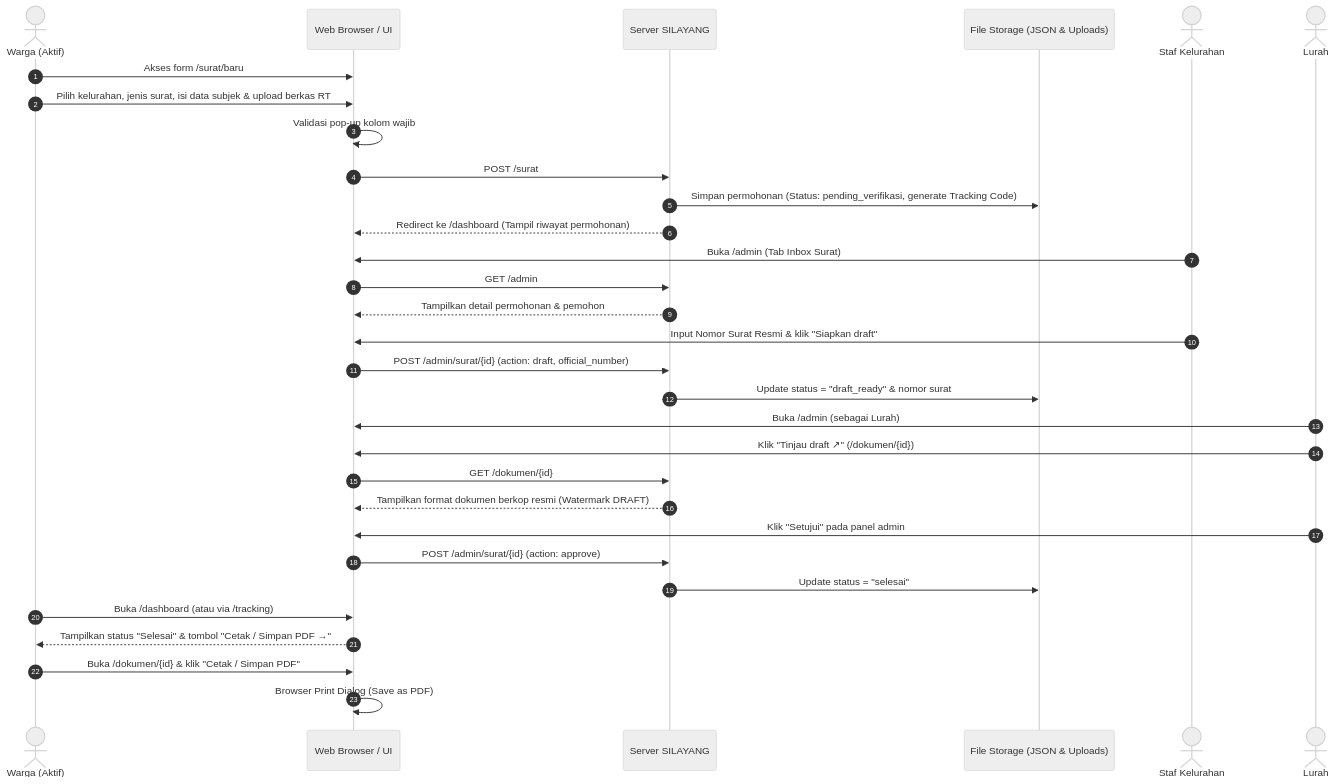
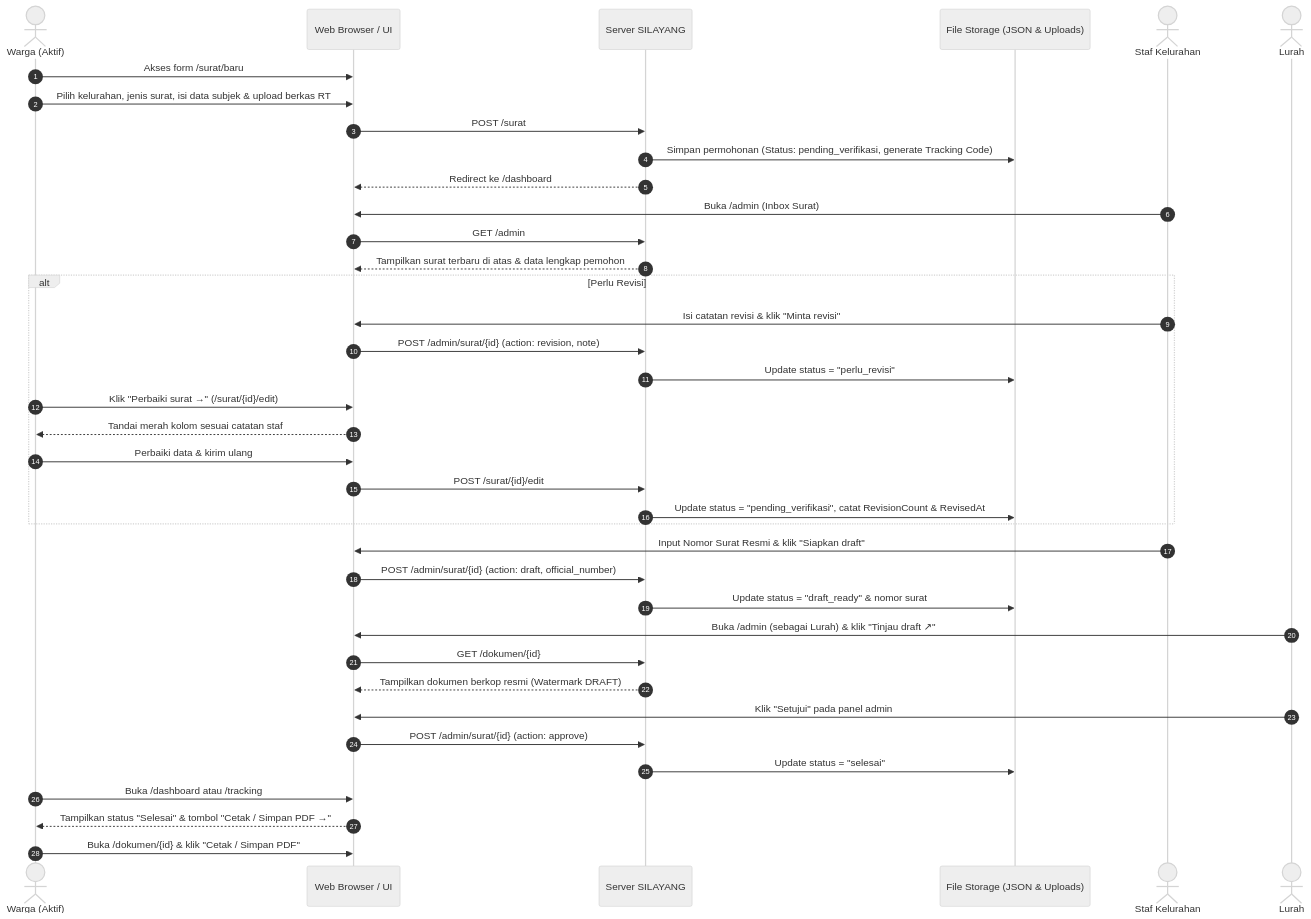
The fourth of 7 diagrams in README.md (mohakbarnusantara/SI-LAYANG), drawn with Mermaid (neutral theme) before and after one commit. The commit also changed other lines of this file, not shown here.

````diff
--- a/README.md
+++ b/README.md
@@ -380,37 +401,45 @@
 ```mermaid
 sequenceDiagram
     autonumber
     actor W as Warga (Aktif)
     participant B as Web Browser / UI
     participant S as Server SILAYANG
     participant DB as File Storage (JSON & Uploads)
     actor ST as Staf Kelurahan
     actor L as Lurah
 
     W->>B: Akses form /surat/baru
     W->>B: Pilih kelurahan, jenis surat, isi data subjek & upload berkas RT
-    B->>B: Validasi pop-up kolom wajib
     B->>S: POST /surat
     S->>DB: Simpan permohonan (Status: pending_verifikasi, generate Tracking Code)
-    S-->>B: Redirect ke /dashboard (Tampil riwayat permohonan)
+    S-->>B: Redirect ke /dashboard
 
-    ST->>B: Buka /admin (Tab Inbox Surat)
+    ST->>B: Buka /admin (Inbox Surat)
     B->>S: GET /admin
-    S-->>B: Tampilkan detail permohonan & pemohon
+    S-->>B: Tampilkan surat terbaru di atas & data lengkap pemohon
+    alt Perlu Revisi
+        ST->>B: Isi catatan revisi & klik "Minta revisi"
+        B->>S: POST /admin/surat/{id} (action: revision, note)
+        S->>DB: Update status = "perlu_revisi"
+        W->>B: Klik "Perbaiki surat →" (/surat/{id}/edit)
+        B-->>W: Tandai merah kolom sesuai catatan staf
+        W->>B: Perbaiki data & kirim ulang
+        B->>S: POST /surat/{id}/edit
+        S->>DB: Update status = "pending_verifikasi", catat RevisionCount & RevisedAt
+    end
+
     ST->>B: Input Nomor Surat Resmi & klik "Siapkan draft"
     B->>S: POST /admin/surat/{id} (action: draft, official_number)
     S->>DB: Update status = "draft_ready" & nomor surat
 
-    L->>B: Buka /admin (sebagai Lurah)
-    L->>B: Klik "Tinjau draft ↗" (/dokumen/{id})
+    L->>B: Buka /admin (sebagai Lurah) & klik "Tinjau draft ↗"
     B->>S: GET /dokumen/{id}
-    S-->>B: Tampilkan format dokumen berkop resmi (Watermark DRAFT)
+    S-->>B: Tampilkan dokumen berkop resmi (Watermark DRAFT)
     L->>B: Klik "Setujui" pada panel admin
     B->>S: POST /admin/surat/{id} (action: approve)
     S->>DB: Update status = "selesai"
 
-    W->>B: Buka /dashboard (atau via /tracking)
+    W->>B: Buka /dashboard atau /tracking
     B-->>W: Tampilkan status "Selesai" & tombol "Cetak / Simpan PDF →"
     W->>B: Buka /dokumen/{id} & klik "Cetak / Simpan PDF"
-    B->>B: Browser Print Dialog (Save as PDF)
 ```
````
